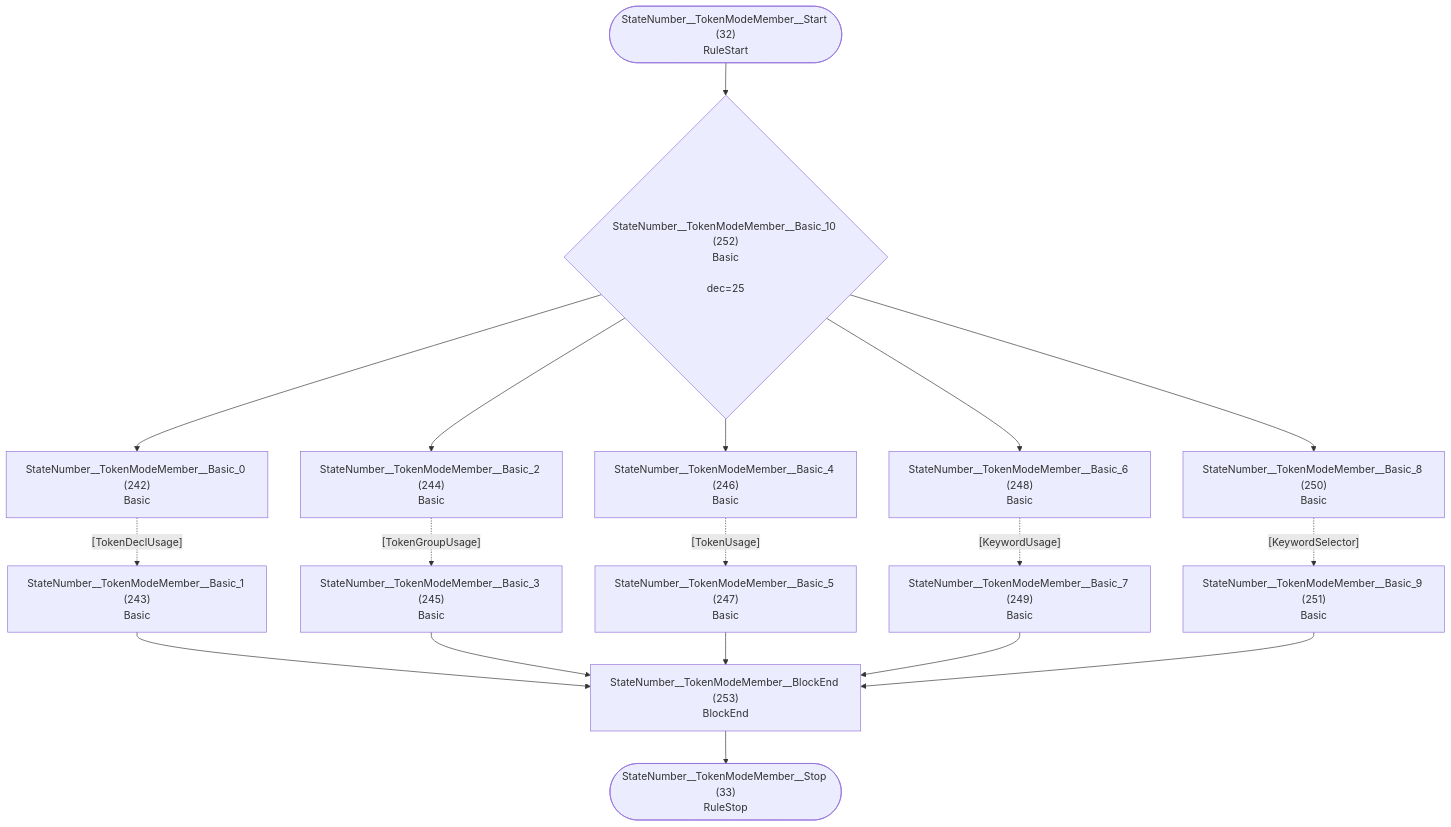
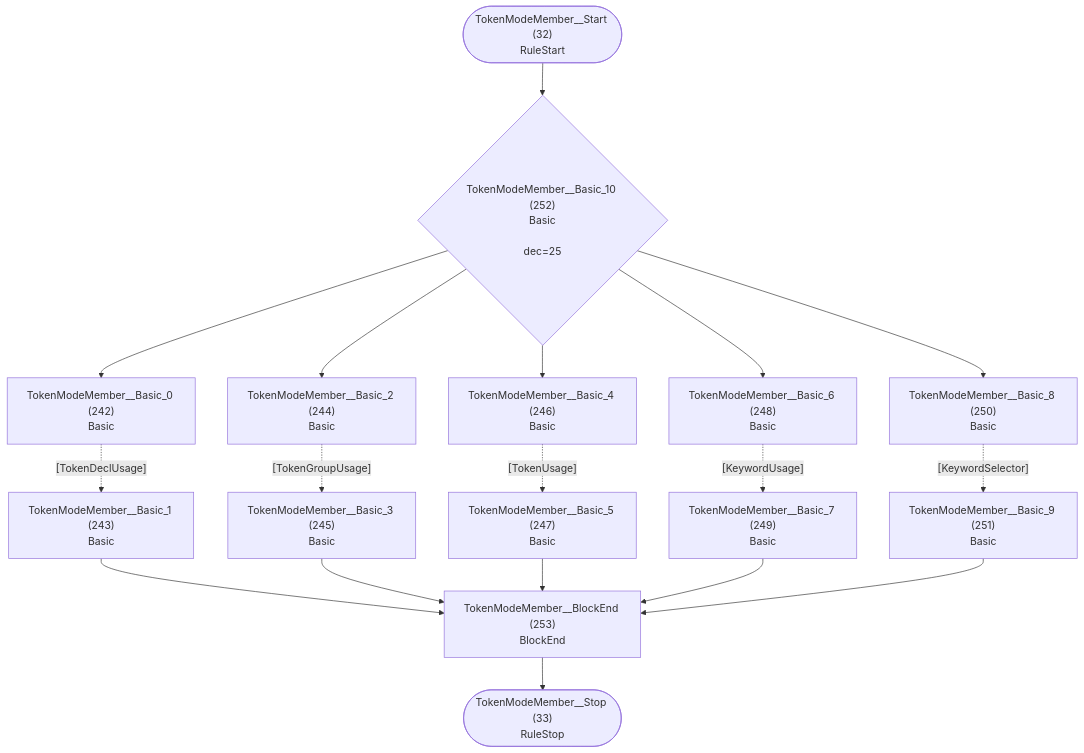
Before and after one commit to TypeFox/fastbelt: diagram 17 of 37 in internal/grammar/atn.md, drawn with Mermaid. The commit also changed other lines of this file and 26 other files, not shown here.

````diff
--- a/internal/grammar/atn.md
+++ b/internal/grammar/atn.md
@@ -535,35 +535,35 @@
 ```mermaid
 flowchart TD
-    q32(["StateNumber__TokenModeMember__Start (32)<br/>RuleStart"])
-    q33(["StateNumber__TokenModeMember__Stop (33)<br/>RuleStop"])
-    q242["StateNumber__TokenModeMember__Basic_0 (242)<br/>Basic<br/>"]
-    q243["StateNumber__TokenModeMember__Basic_1 (243)<br/>Basic<br/>"]
-    q244["StateNumber__TokenModeMember__Basic_2 (244)<br/>Basic<br/>"]
-    q245["StateNumber__TokenModeMember__Basic_3 (245)<br/>Basic<br/>"]
-    q246["StateNumber__TokenModeMember__Basic_4 (246)<br/>Basic<br/>"]
-    q247["StateNumber__TokenModeMember__Basic_5 (247)<br/>Basic<br/>"]
-    q248["StateNumber__TokenModeMember__Basic_6 (248)<br/>Basic<br/>"]
-    q249["StateNumber__TokenModeMember__Basic_7 (249)<br/>Basic<br/>"]
-    q250["StateNumber__TokenModeMember__Basic_8 (250)<br/>Basic<br/>"]
-    q251["StateNumber__TokenModeMember__Basic_9 (251)<br/>Basic<br/>"]
-    q252{"StateNumber__TokenModeMember__Basic_10 (252)<br/>Basic<br/><br/>dec=25"}
-    q253["StateNumber__TokenModeMember__BlockEnd (253)<br/>BlockEnd<br/>"]
+    q32(["TokenModeMember__Start (32)<br/>RuleStart"])
+    q33(["TokenModeMember__Stop (33)<br/>RuleStop"])
+    q242["TokenModeMember__Basic_0 (242)<br/>Basic<br/>"]
+    q243["TokenModeMember__Basic_1 (243)<br/>Basic<br/>"]
+    q244["TokenModeMember__Basic_2 (244)<br/>Basic<br/>"]
+    q245["TokenModeMember__Basic_3 (245)<br/>Basic<br/>"]
+    q246["TokenModeMember__Basic_4 (246)<br/>Basic<br/>"]
+    q247["TokenModeMember__Basic_5 (247)<br/>Basic<br/>"]
+    q248["TokenModeMember__Basic_6 (248)<br/>Basic<br/>"]
+    q249["TokenModeMember__Basic_7 (249)<br/>Basic<br/>"]
+    q250["TokenModeMember__Basic_8 (250)<br/>Basic<br/>"]
+    q251["TokenModeMember__Basic_9 (251)<br/>Basic<br/>"]
+    q252{"TokenModeMember__Basic_10 (252)<br/>Basic<br/><br/>dec=25"}
+    q253["TokenModeMember__BlockEnd (253)<br/>BlockEnd<br/>"]
 
     q32 --> q252
     q242 -.->|"[TokenDeclUsage]"| q243
     q243 --> q253
     q244 -.->|"[TokenGroupUsage]"| q245
     q245 --> q253
     q246 -.->|"[TokenUsage]"| q247
     q247 --> q253
     q248 -.->|"[KeywordUsage]"| q249
     q249 --> q253
     q250 -.->|"[KeywordSelector]"| q251
     q251 --> q253
     q252 --> q242
     q252 --> q244
     q252 --> q246
     q252 --> q248
     q252 --> q250
     q253 --> q33
 ```
````
